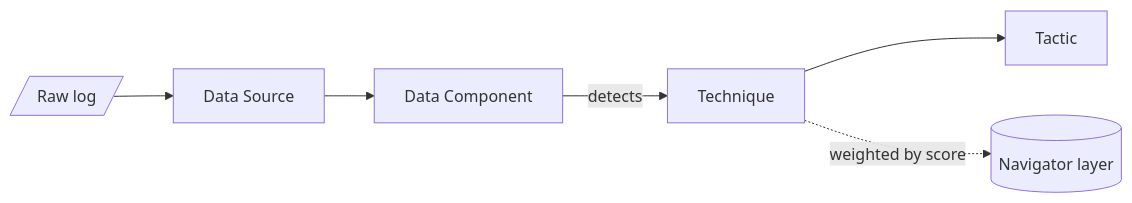
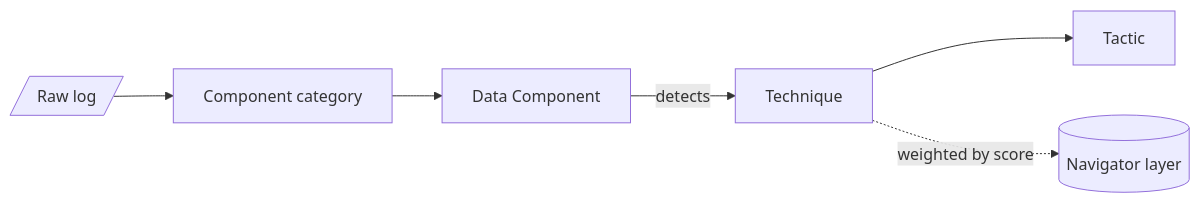
The diagram in README.md (dev-nobytes-io/Mitre-cti-log-to-detection), drawn with Mermaid before and after one commit. The commit also changed other lines of this file and 7 other files, not shown here.

````diff
--- a/README.md
+++ b/README.md
@@ -163,7 +163,7 @@
   ```mermaid
   flowchart LR
-    log[/"Raw log"/] --> src["Data Source"]
+    log[/"Raw log"/] --> src["Component category"]
     src --> cmp["Data Component"]
     cmp -->|detects| tech["Technique"] --> tac["Tactic"]
     tech -. weighted by score .-> nav[("Navigator layer")]
   ```
````
